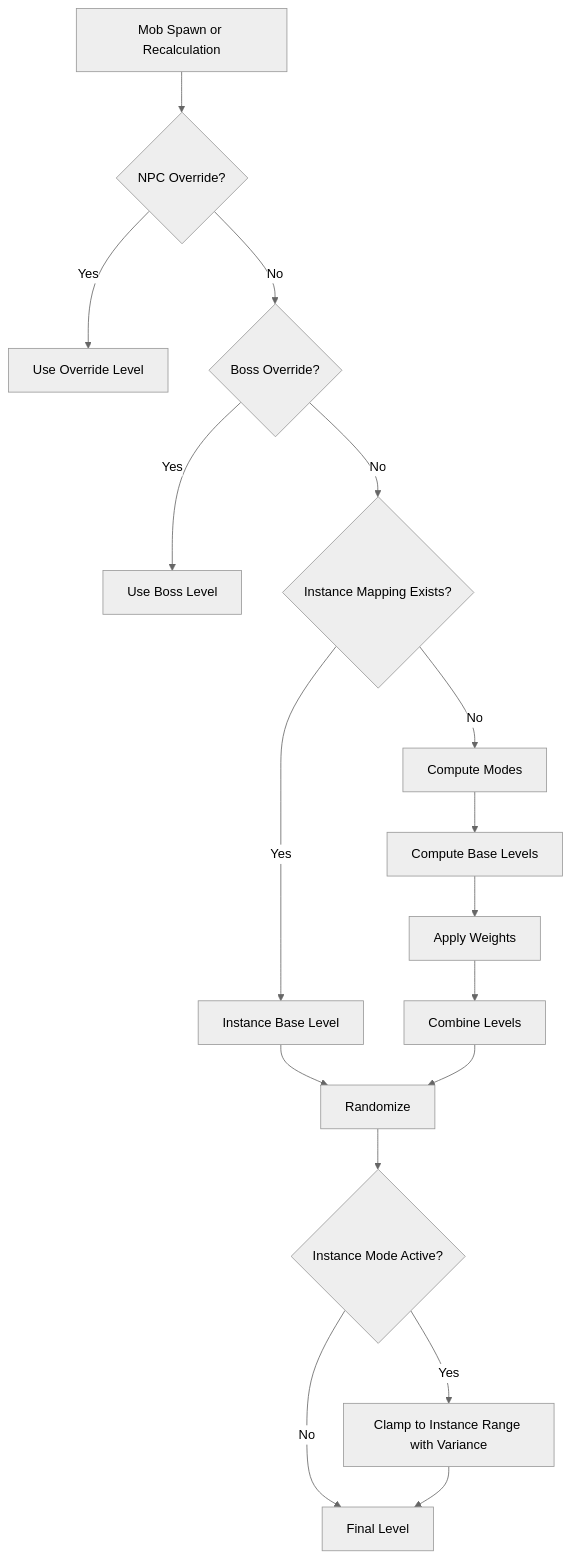
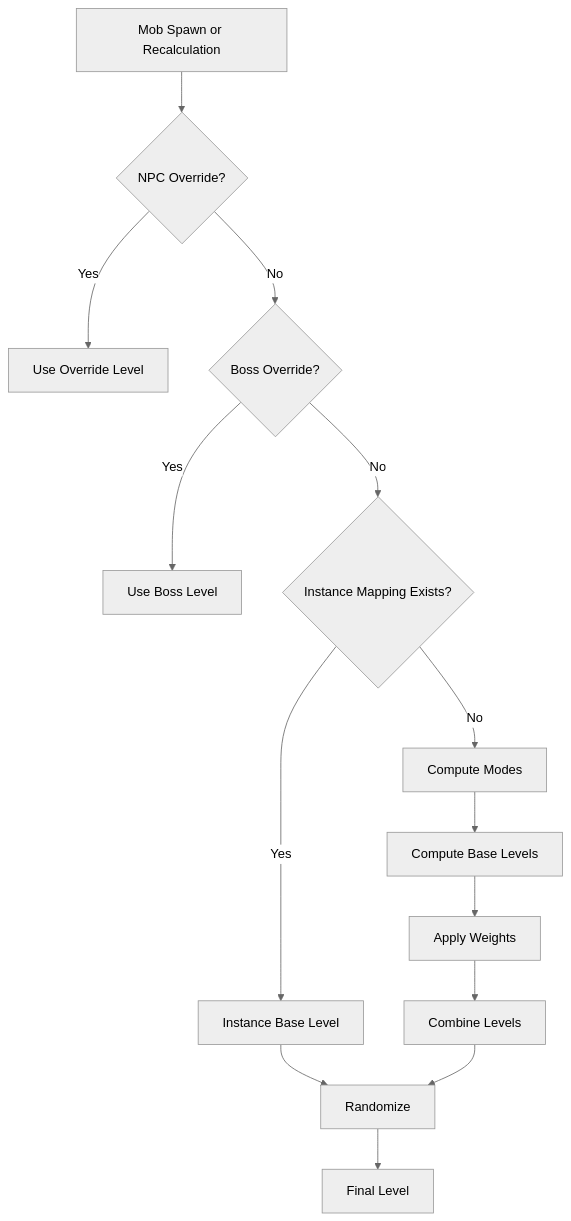
The diagram in docs/gameplay/mob-leveling/mob-leveling-overview.md (AzureDoom/LevelingCore), drawn with Mermaid (neutral theme) before and after one commit. The commit also changed 1 other file, not shown here.

Commit message:
Unneeded step in mob leveling flow

````diff
--- a/docs/gameplay/mob-leveling/mob-leveling-overview.md
+++ b/docs/gameplay/mob-leveling/mob-leveling-overview.md
@@ -12,24 +12,20 @@
 ```mermaid
 flowchart TD
     A[Mob Spawn or Recalculation] --> B{NPC Override?}
     B -- Yes --> B1[Use Override Level]
     B -- No --> C{Boss Override?}
     C -- Yes --> C1[Use Boss Level]
     C -- No --> D{Instance Mapping Exists?}
 
     D -- Yes --> D1[Instance Base Level]
     D -- No --> E[Compute Modes]
 
     E --> F[Compute Base Levels]
     F --> G[Apply Weights]
     G --> H[Combine Levels]
 
     D1 --> I[Randomize]
     H --> I
 
-    I --> J{Instance Mode Active?}
-    J -- Yes --> K[Clamp to Instance Range with Variance]
-    J -- No --> L[Final Level]
-
-    K --> L
+    I --> L[Final Level]
 ```
````
